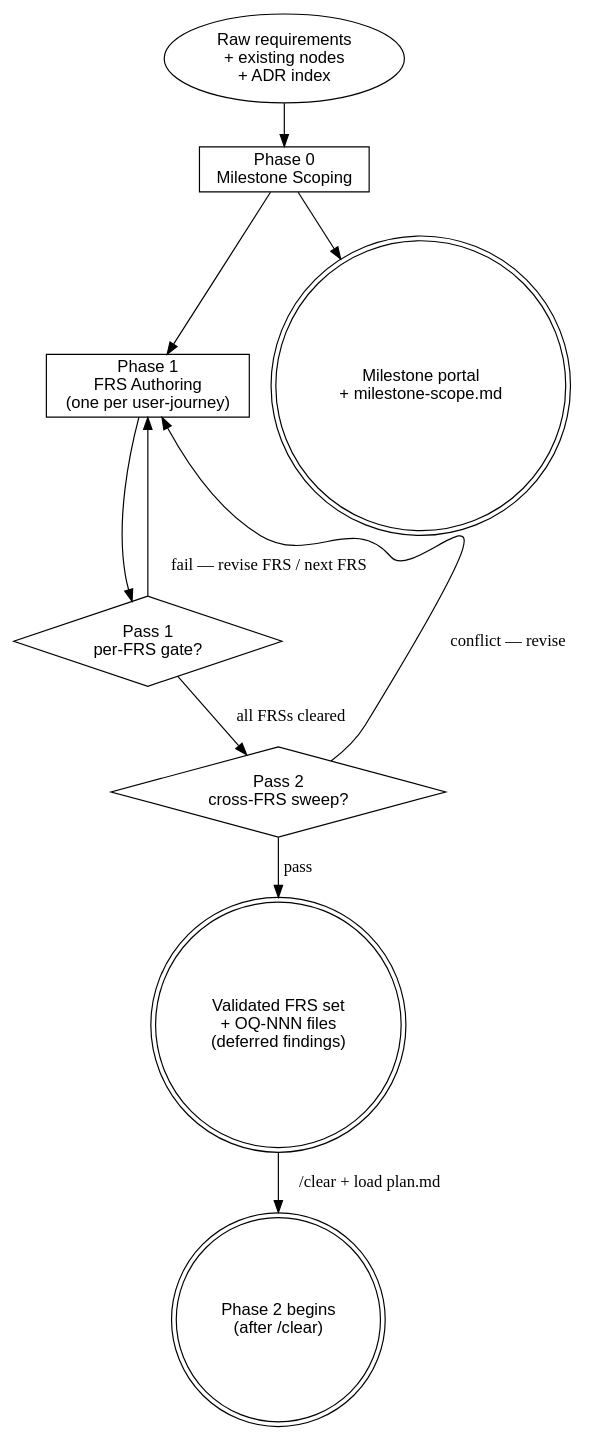
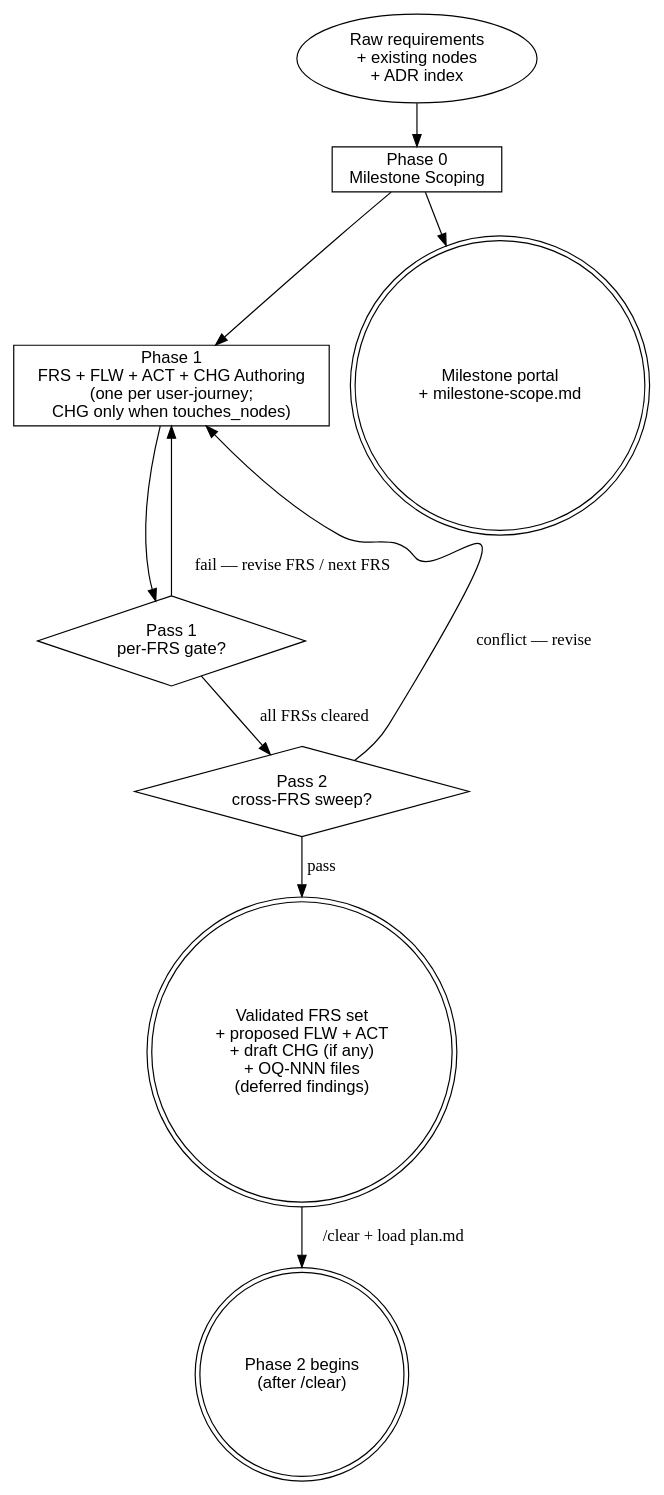
The diagram in sdlc/workflow/design.md (thapaliyabikendra/agentic-dev-workspace), drawn with Graphviz before and after one commit. The commit also changed other lines of this file and 37 other files, not shown here.

````diff
--- a/sdlc/workflow/design.md
+++ b/sdlc/workflow/design.md
@@ -80,26 +94,26 @@
 ```dot
 digraph design_flow {
     rankdir=TB;
     node [fontname="Helvetica"];
 
     inputs   [shape=oval,  label="Raw requirements\n+ existing nodes\n+ ADR index"];
     phase0   [shape=box,   label="Phase 0\nMilestone Scoping"];
-    phase1   [shape=box,   label="Phase 1\nFRS Authoring\n(one per user-journey)"];
+    phase1   [shape=box,   label="Phase 1\nFRS + FLW + ACT + CHG Authoring\n(one per user-journey;\nCHG only when touches_nodes)"];
     gate_pass1 [shape=diamond, label="Pass 1\nper-FRS gate?"];
     gate_pass2 [shape=diamond, label="Pass 2\ncross-FRS sweep?"];
 
     out_ms   [shape=doublecircle, label="Milestone portal\n+ milestone-scope.md"];
-    out_frs  [shape=doublecircle, label="Validated FRS set\n+ OQ-NNN files\n(deferred findings)"];
+    out_frs  [shape=doublecircle, label="Validated FRS set\n+ proposed FLW + ACT\n+ draft CHG (if any)\n+ OQ-NNN files\n(deferred findings)"];
     next     [shape=doublecircle, label="Phase 2 begins\n(after /clear)"];
 
     inputs -> phase0;
     phase0 -> out_ms;
     phase0 -> phase1;
     phase1 -> gate_pass1;
     gate_pass1 -> phase1 [label="fail — revise FRS / next FRS"];
     gate_pass1 -> gate_pass2 [label="all FRSs cleared"];
     gate_pass2 -> phase1 [label="conflict — revise"];
     gate_pass2 -> out_frs [label="pass"];
     out_frs -> next [label="/clear + load plan.md"];
 }
 ```
````
